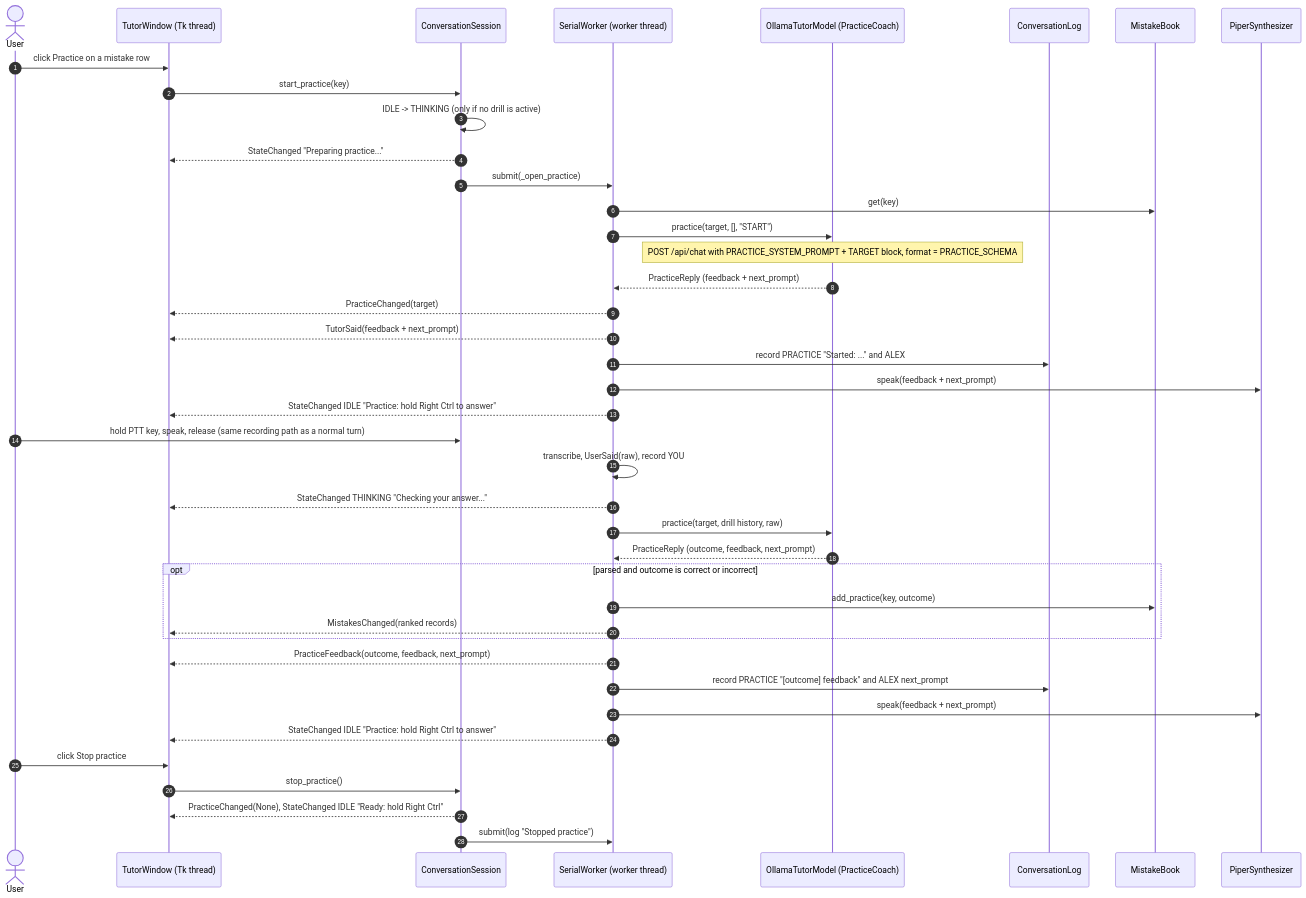
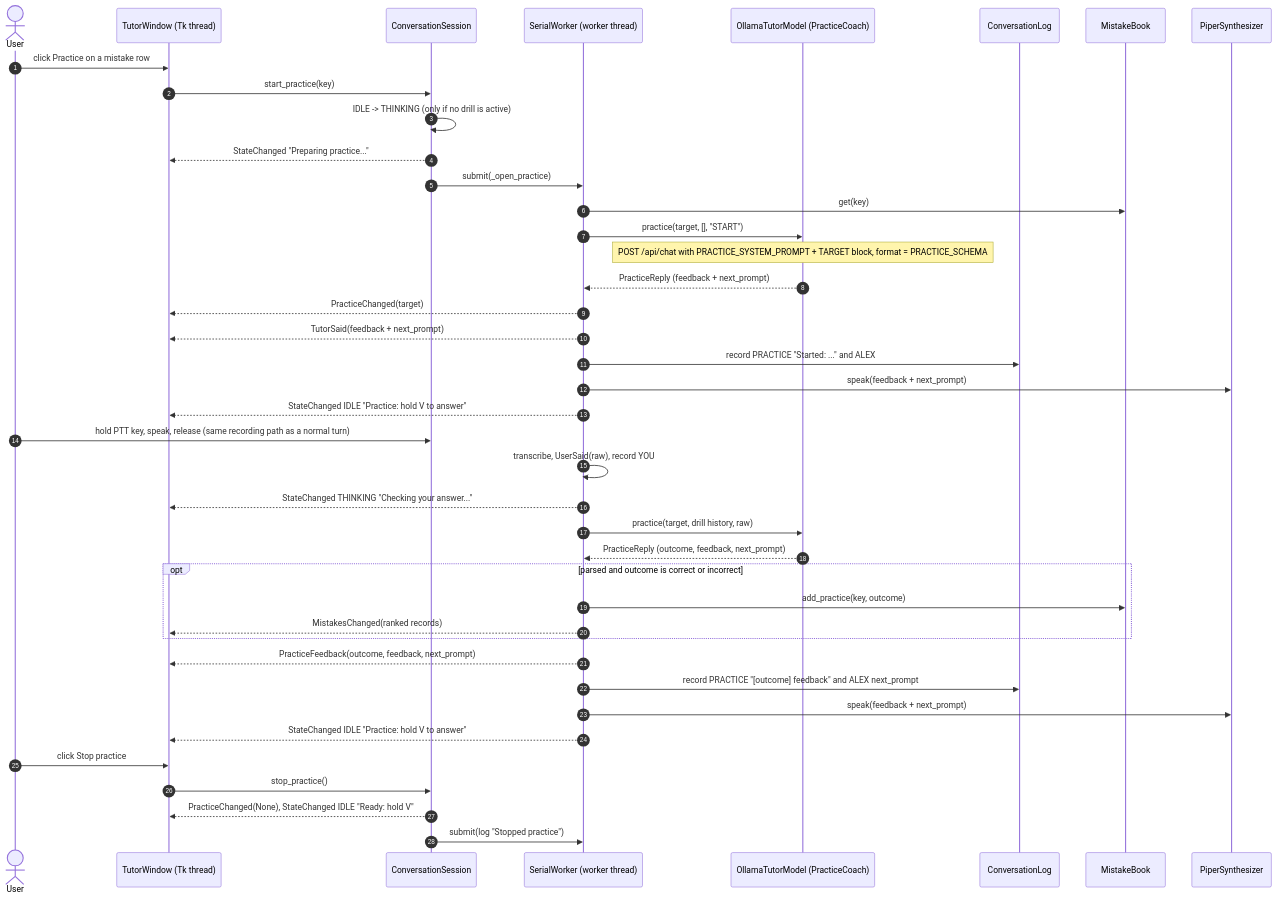
The second of 3 diagrams in docs/data-flow.md (mauroturner/local-ai-english-tutor), drawn with Mermaid before and after one commit. The commit also changed other lines of this file and 10 other files, not shown here.

````diff
--- a/docs/data-flow.md
+++ b/docs/data-flow.md
@@ -86,46 +86,46 @@
 ```mermaid
 sequenceDiagram
     autonumber
     actor User
     participant UI as TutorWindow (Tk thread)
     participant S as ConversationSession
     participant W as SerialWorker (worker thread)
     participant C as OllamaTutorModel (PracticeCoach)
     participant LOG as ConversationLog
     participant BOOK as MistakeBook
     participant TTS as PiperSynthesizer
 
     User->>UI: click Practice on a mistake row
     UI->>S: start_practice(key)
     S->>S: IDLE -> THINKING (only if no drill is active)
     S-->>UI: StateChanged "Preparing practice..."
     S->>W: submit(_open_practice)
     W->>BOOK: get(key)
     W->>C: practice(target, [], "START")
     Note over C: POST /api/chat with PRACTICE_SYSTEM_PROMPT + TARGET block, format = PRACTICE_SCHEMA
     C-->>W: PracticeReply (feedback + next_prompt)
     W-->>UI: PracticeChanged(target)
     W-->>UI: TutorSaid(feedback + next_prompt)
     W->>LOG: record PRACTICE "Started: ..." and ALEX
     W->>TTS: speak(feedback + next_prompt)
-    W-->>UI: StateChanged IDLE "Practice: hold Right Ctrl to answer"
+    W-->>UI: StateChanged IDLE "Practice: hold V to answer"
 
     User->>S: hold PTT key, speak, release (same recording path as a normal turn)
     W->>W: transcribe, UserSaid(raw), record YOU
     W-->>UI: StateChanged THINKING "Checking your answer..."
     W->>C: practice(target, drill history, raw)
     C-->>W: PracticeReply (outcome, feedback, next_prompt)
     opt parsed and outcome is correct or incorrect
         W->>BOOK: add_practice(key, outcome)
         W-->>UI: MistakesChanged(ranked records)
     end
     W-->>UI: PracticeFeedback(outcome, feedback, next_prompt)
     W->>LOG: record PRACTICE "[outcome] feedback" and ALEX next_prompt
     W->>TTS: speak(feedback + next_prompt)
-    W-->>UI: StateChanged IDLE "Practice: hold Right Ctrl to answer"
+    W-->>UI: StateChanged IDLE "Practice: hold V to answer"
 
     User->>UI: click Stop practice
     UI->>S: stop_practice()
-    S-->>UI: PracticeChanged(None), StateChanged IDLE "Ready: hold Right Ctrl"
+    S-->>UI: PracticeChanged(None), StateChanged IDLE "Ready: hold V"
     S->>W: submit(log "Stopped practice")
 ```
````
